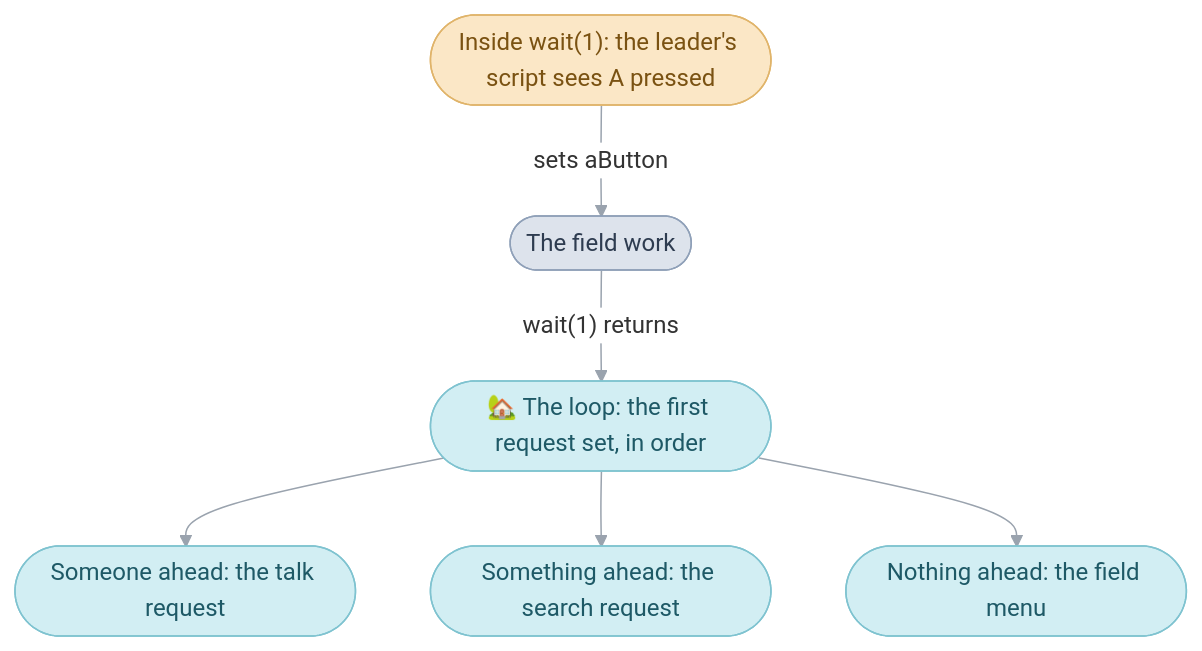
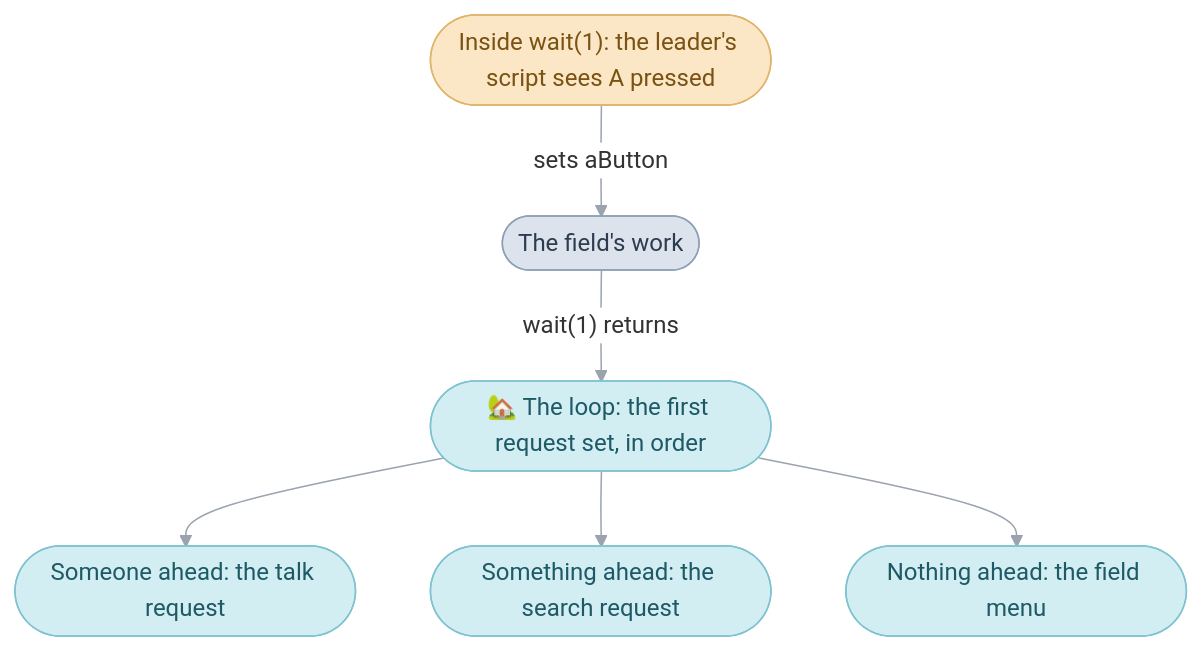
One commit to PascalPixel/alchemy changed the second of 2 diagrams in games/tbs/src/field/README.md. Above: the diagram before and after it, drawn with Mermaid. The commit also changed other lines of this file, not shown here.

First line of the commit message:
docs: the Field code guide after review

````diff
--- a/games/tbs/src/field/README.md
+++ b/games/tbs/src/field/README.md
@@ -142,15 +139,15 @@
 ```mermaid
 %%{init: {"theme": "base", "themeVariables": {"lineColor": "#9AA3AE", "edgeLabelBackground": "#FFFFFF"}, "flowchart": {"curve": "basis", "padding": 12}}}%%
 flowchart TD
-  frame(["Inside wait(1): the leader's script sees A pressed"]) -- "sets aButton" --> work(["The field work"])
+  frame(["Inside wait(1): the leader's script sees A pressed"]) -- "sets aButton" --> work(["The field's work"])
   work -- "wait(1) returns" --> loop(["🏡 The loop: the first request set, in order"])
   loop --> talk(["Someone ahead: the talk request"])
   loop --> search(["Something ahead: the search request"])
   loop --> menu(["Nothing ahead: the field menu"])
   classDef frame fill:#FBE7C6,stroke:#E0B46A,color:#7A5212
   classDef code fill:#DDE3EC,stroke:#8FA0B8,color:#2E3C50
   classDef sequence fill:#D2EEF3,stroke:#7FC3D0,color:#1E5966
   class frame frame
   class work code
   class loop,talk,search,menu sequence
 ```
````
